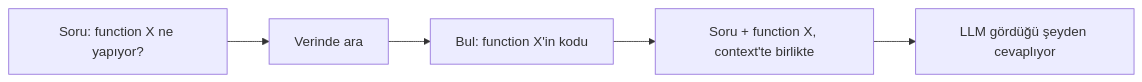
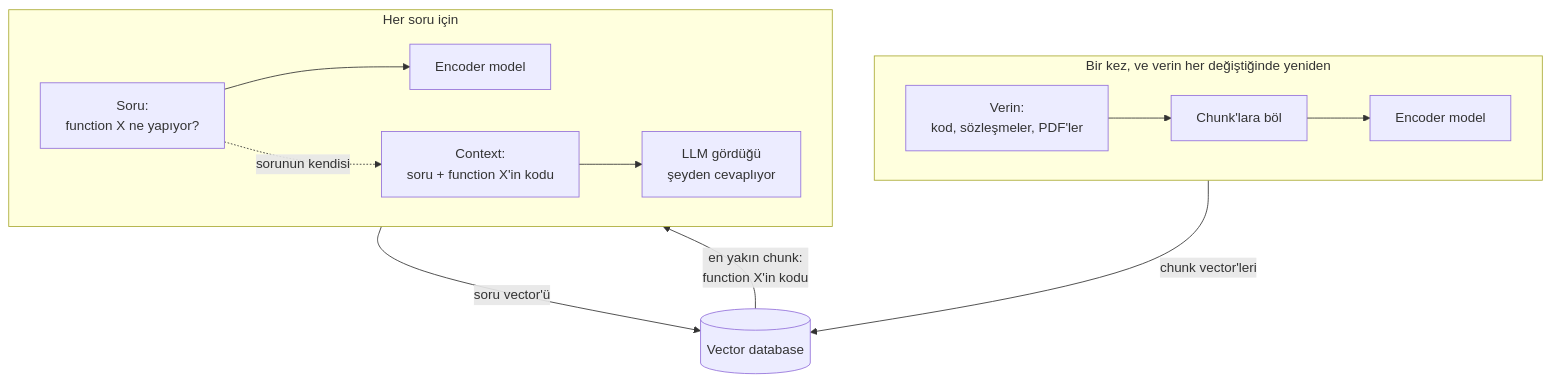
One commit to lokumai/ai-engineering-bazaar changed the first of 5 diagrams in mini-courses/1_fundamentals/rag_tr.md. Above: the diagram before and after it, drawn with Mermaid. The commit also changed other lines of this file and 70 other files, not shown here.

````diff
--- a/mini-courses/1_fundamentals/rag_tr.md
+++ b/mini-courses/1_fundamentals/rag_tr.md
@@ -37,7 +43,17 @@
 ```mermaid
-graph LR
-    A["Soru: function X ne yapıyor?"] --> B["Verinde ara"]
-    B --> C["Bul: function X'in kodu"]
-    C --> D["Soru + function X, context'te birlikte"]
-    D --> E["LLM gördüğü şeyden cevaplıyor"]
+flowchart TB
+    subgraph once["Bir kez, ve verin her değiştiğinde yeniden"]
+        direction LR
+        D["Verin:<br/>kod, sözleşmeler, PDF'ler"] --> S["Chunk'lara böl"] --> E1["Encoder model"]
+    end
+    V[("Vector database")]
+    subgraph every["Her soru için"]
+        direction LR
+        Q["Soru:<br/>function X ne yapıyor?"] --> E2["Encoder model"]
+        C["Context:<br/>soru + function X'in kodu"] --> L["LLM gördüğü<br/>şeyden cevaplıyor"]
+    end
+    E1 -->|"chunk vector'leri"| V
+    E2 -->|"soru vector'ü"| V
+    V -->|"en yakın chunk:<br/>function X'in kodu"| C
+    Q -.->|"sorunun kendisi"| C
 ```
````
